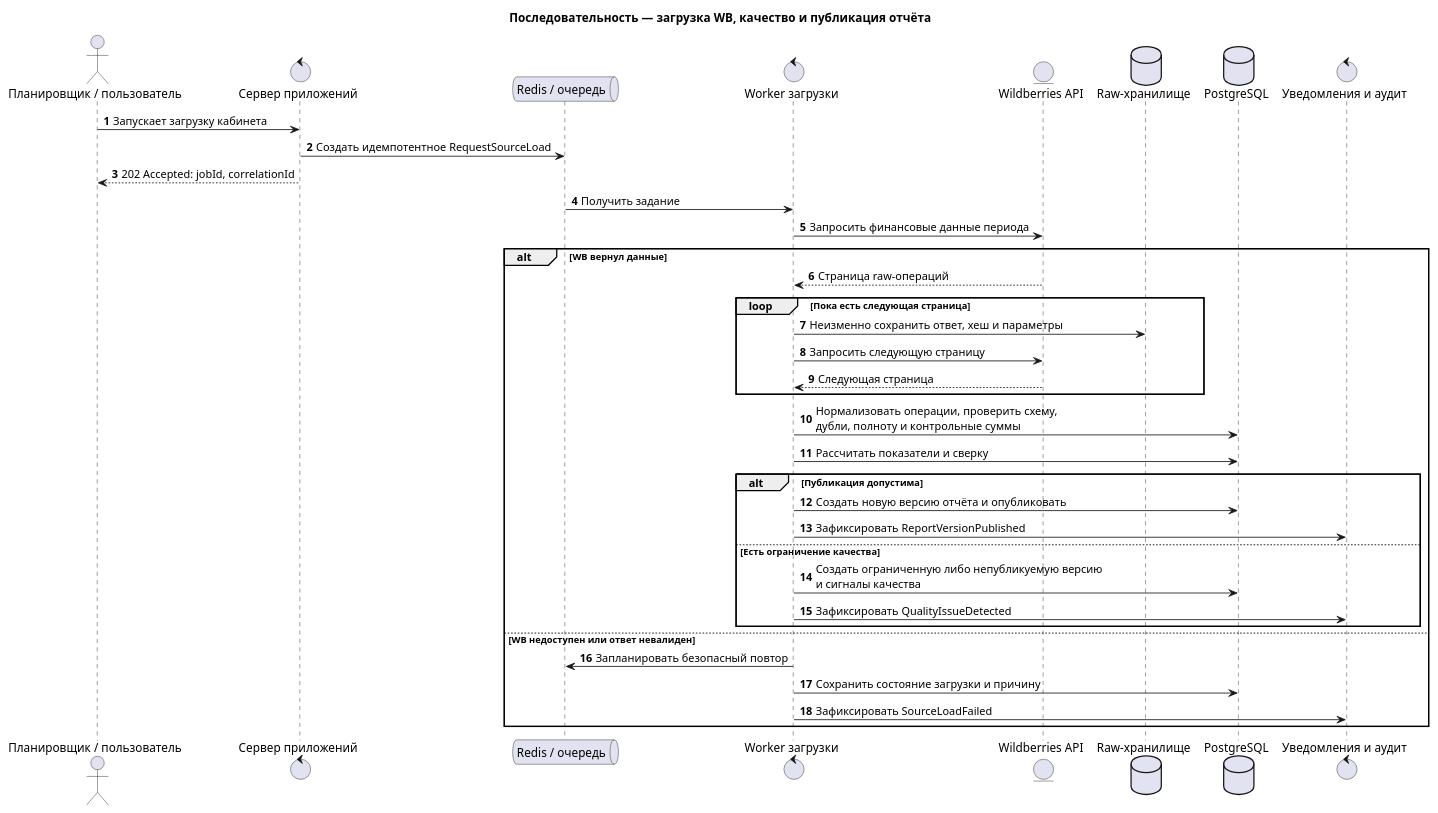
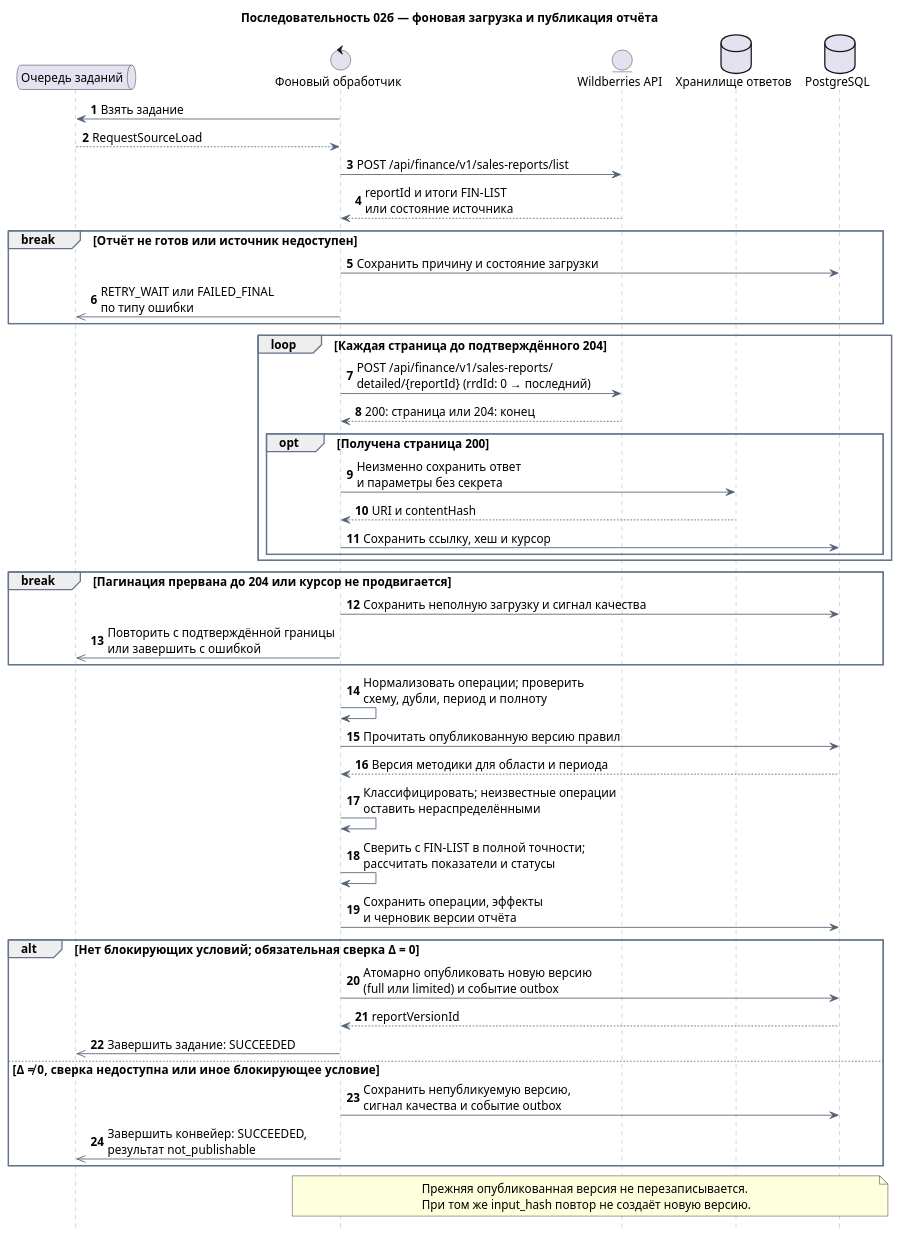
One commit to onlyuncia/grafio-product-docs changed the diagram in docs/architecture/sequence/02-source-load-and-report-publication.puml. Above: the diagram before and after it, drawn with PlantUML. The commit also changed 152 other files, not shown here.

```diff
--- a/docs/architecture/sequence/02-source-load-and-report-publication.puml
+++ b/docs/architecture/sequence/02-source-load-and-report-publication.puml
@@ -1,41 +1,67 @@
 @startuml
-title Последовательность — загрузка WB, качество и публикация отчёта
+title Последовательность 02б — фоновая загрузка и публикация отчёта
 autonumber
+hide footbox
 
-actor "Планировщик / пользователь" as Trigger
-control "Сервер приложений" as API
-queue "Redis / очередь" as Queue
-control "Worker загрузки" as Worker
+skinparam defaultFontName Arial
+skinparam defaultFontSize 14
+skinparam sequence {
+  ArrowColor #526274
+  LifeLineBorderColor #94A3B8
+  ParticipantBackgroundColor #EAF2FC
+  ParticipantBorderColor #5289C2
+  GroupBorderColor #64748B
+  GroupHeaderBackgroundColor #EAF2FC
+}
+
+queue "Очередь заданий" as Queue
+control "Фоновый обработчик" as Worker
 entity "Wildberries API" as WB
-database "Raw-хранилище" as Raw
+database "Хранилище ответов" as Raw
 database "PostgreSQL" as DB
-control "Уведомления и аудит" as Audit
 
-Trigger -> API : Запускает загрузку кабинета
-API -> Queue : Создать идемпотентное RequestSourceLoad
-API --> Trigger : 202 Accepted: jobId, correlationId
-Queue -> Worker : Получить задание
-Worker -> WB : Запросить финансовые данные периода
+Worker -> Queue : Взять задание
+Queue --> Worker : RequestSourceLoad
+Worker -> WB : POST /api/finance/v1/sales-reports/list
+WB --> Worker : reportId и итоги FIN-LIST\nили состояние источника
 
-alt WB вернул данные
-  WB --> Worker : Страница raw-операций
-  loop Пока есть следующая страница
-    Worker -> Raw : Неизменно сохранить ответ, хеш и параметры
-    Worker -> WB : Запросить следующую страницу
-    WB --> Worker : Следующая страница
+break Отчёт не готов или источник недоступен
+  Worker -> DB : Сохранить причину и состояние загрузки
+  Worker ->> Queue : RETRY_WAIT или FAILED_FINAL\nпо типу ошибки
+end
+
+loop Каждая страница до подтверждённого 204
+  Worker -> WB : POST /api/finance/v1/sales-reports/\ndetailed/{reportId} (rrdId: 0 → последний)
+  WB --> Worker : 200: страница или 204: конец
+  opt Получена страница 200
+    Worker -> Raw : Неизменно сохранить ответ\nи параметры без секрета
+    Raw --> Worker : URI и contentHash
+    Worker -> DB : Сохранить ссылку, хеш и курсор
   end
-  Worker -> DB : Нормализовать операции, проверить схему,\nдубли, полноту и контрольные суммы
-  Worker -> DB : Рассчитать показатели и сверку
-  alt Публикация допустима
-    Worker -> DB : Создать новую версию отчёта и опубликовать
-    Worker -> Audit : Зафиксировать ReportVersionPublished
-  else Есть ограничение качества
-    Worker -> DB : Создать ограниченную либо непубликуемую версию\nи сигналы качества
-    Worker -> Audit : Зафиксировать QualityIssueDetected
-  end
-else WB недоступен или ответ невалиден
-  Worker -> Queue : Запланировать безопасный повтор
-  Worker -> DB : Сохранить состояние загрузки и причину
-  Worker -> Audit : Зафиксировать SourceLoadFailed
 end
+
+break Пагинация прервана до 204 или курсор не продвигается
+  Worker -> DB : Сохранить неполную загрузку и сигнал качества
+  Worker ->> Queue : Повторить с подтверждённой границы\nили завершить с ошибкой
+end
+
+Worker -> Worker : Нормализовать операции; проверить\nсхему, дубли, период и полноту
+Worker -> DB : Прочитать опубликованную версию правил
+DB --> Worker : Версия методики для области и периода
+Worker -> Worker : Классифицировать; неизвестные операции\nоставить нераспределёнными
+Worker -> Worker : Сверить с FIN-LIST в полной точности;\nрассчитать показатели и статусы
+Worker -> DB : Сохранить операции, эффекты\nи черновик версии отчёта
+
+alt Нет блокирующих условий; обязательная сверка Δ = 0
+  Worker -> DB : Атомарно опубликовать новую версию\n(full или limited) и событие outbox
+  DB --> Worker : reportVersionId
+  Worker ->> Queue : Завершить задание: SUCCEEDED
+else Δ ≠ 0, сверка недоступна или иное блокирующее условие
+  Worker -> DB : Сохранить непубликуемую версию,\nсигнал качества и событие outbox
+  Worker ->> Queue : Завершить конвейер: SUCCEEDED,\nрезультат not_publishable
+end
+note over Worker, DB
+  Прежняя опубликованная версия не перезаписывается.
+  При том же input_hash повтор не создаёт новую версию.
+end note
 @enduml
```
